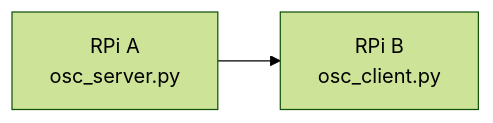
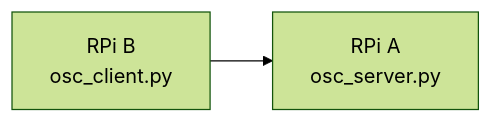
One commit to huats-club/oscstarterkit changed the first of 2 diagrams in tutorial1/tutorial1.md. Above: the diagram before and after it, drawn with Mermaid (forest theme). The commit also changed other lines of this file and 3 other files, not shown here.

````diff
--- a/tutorial1/tutorial1.md
+++ b/tutorial1/tutorial1.md
@@ -8,5 +8,5 @@
 ```mermaid
 graph LR
 
-A[RPi A<br>osc_server.py] --> B[RPi B<br>osc_client.py]
+A[RPi B<br>osc_client.py] --> B[RPi A<br>osc_server.py]
 ```
````
